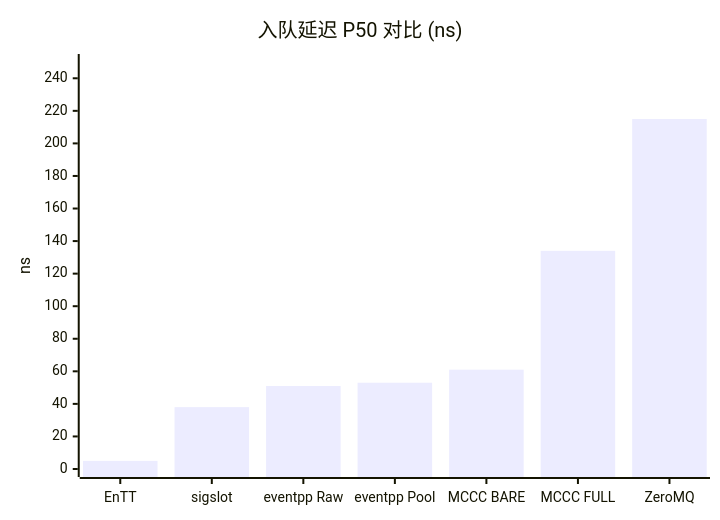
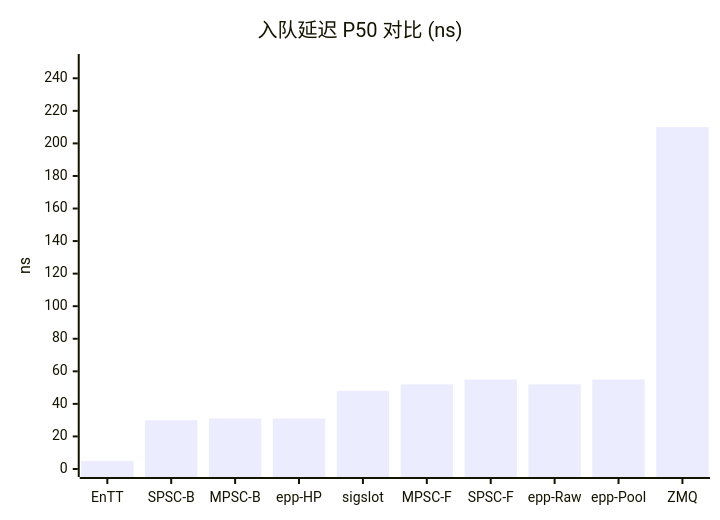
Before and after one commit to DeguiLiu/mccc: the second of 3 diagrams in docs/competitive_analysis.md, drawn with Mermaid. The commit also changed other lines of this file and 20 other files, not shown here.

````diff
--- a/docs/competitive_analysis.md
+++ b/docs/competitive_analysis.md
@@ -137,7 +172,7 @@
 ```mermaid
 xychart-beta
     title "入队延迟 P50 对比 (ns)"
-    x-axis ["EnTT", "sigslot", "eventpp Raw", "eventpp Pool", "MCCC BARE", "MCCC FULL", "ZeroMQ"]
+    x-axis ["EnTT", "SPSC-B", "MPSC-B", "epp-HP", "sigslot", "MPSC-F", "SPSC-F", "epp-Raw", "epp-Pool", "ZMQ"]
     y-axis "ns" 0 --> 250
-    bar [5, 38, 51, 53, 61, 134, 215]
+    bar [5, 30, 31, 31, 48, 52, 55, 52, 55, 210]
 ```
````
